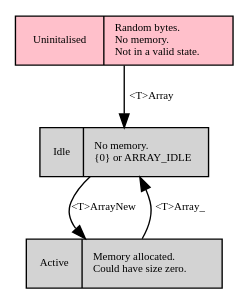
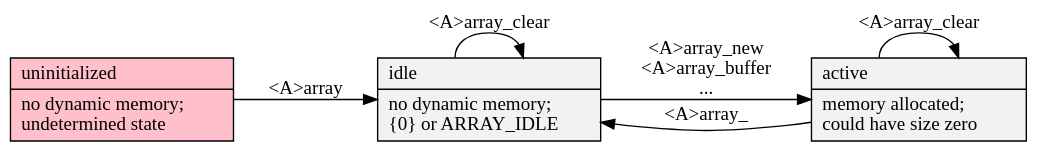
Before and after one commit to neil-edelman/boxes: the diagram in web/states.gv, drawn with Graphviz. The commit also changed 8 other files, not shown here.

```diff
--- a/web/states.gv
+++ b/web/states.gv
@@ -1,14 +1,13 @@
 digraph {
-	fontname = "Bitstream Vera Sans"
-	fontsize = 8
-	node [ fontname = "Bitstream Vera Sans" fontsize = 8 shape = "record" ]
-	edge [ fontname = "Bitstream Vera Sans" fontsize = 8 ]
-
-	node [ shape=record, style=filled ];
-	null [ label = "Uninitalised|Random bytes.\lNo memory.\lNot in a valid state.\l", fillcolor = pink ];
-	static [ label = "Idle|No memory.\l\{0\} or ARRAY_IDLE\l" ];
-	dynamic [ label = "Active|Memory allocated.\lCould have size zero.\l" ];
-	null -> static [ label = "<T>Array" ];
-	static -> dynamic [ label = "<T>ArrayNew\l" ];
-	dynamic -> static [ label = "<T>Array_" ];
+	graph [rankdir=LR, truecolor=true, bgcolor=transparent, fontname="Bitstream Vera Sans"];
+	node [shape=record, style=filled, fillcolor="Grey95", fontname="Bitstream Vera Sans"];
+	edge [fontname="Bitstream Vera Sans"];
+	null [label = "uninitialized\l|no dynamic memory;\lundetermined state\l", fillcolor = pink];
+	static [label = "idle\l|no dynamic memory;\l\{0\} or ARRAY_IDLE\l"];
+	dynamic [label = "active\l|memory allocated;\lcould have size zero\l"];
+	null -> static [label = "<A>array"];
+	static -> dynamic [label = "<A>array_new\n<A>array_buffer\n..."];
+	dynamic -> static [label = "<A>array_"];
+	static -> static [label = "<A>array_clear"]
+	dynamic -> dynamic [label = "<A>array_clear"]
 }
```
